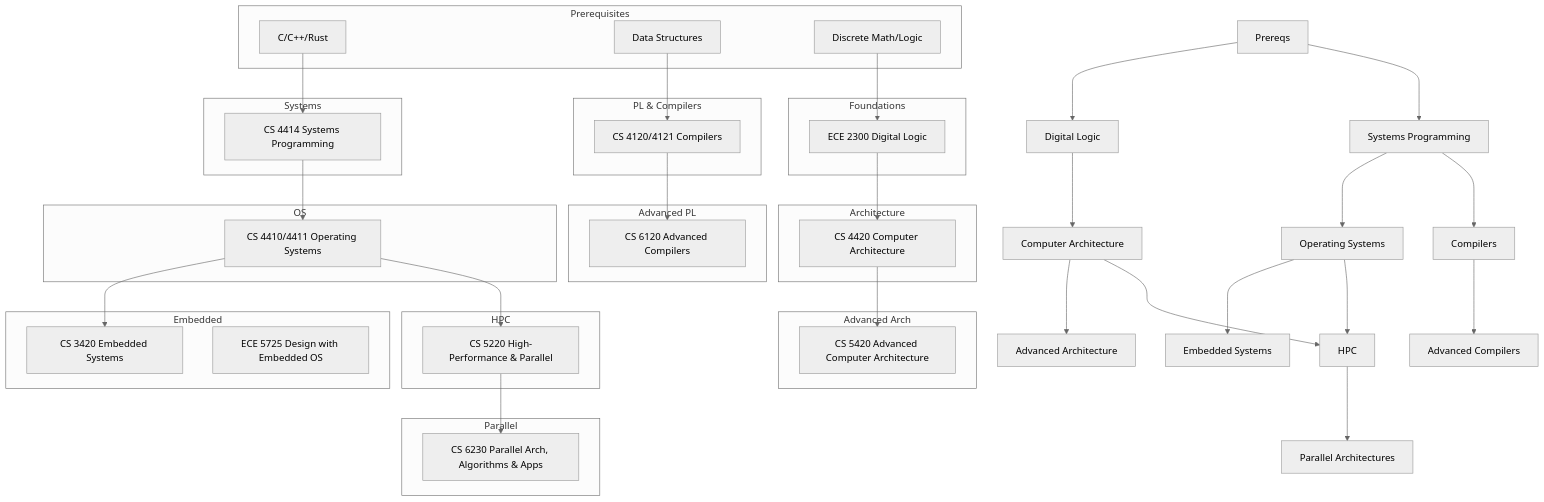
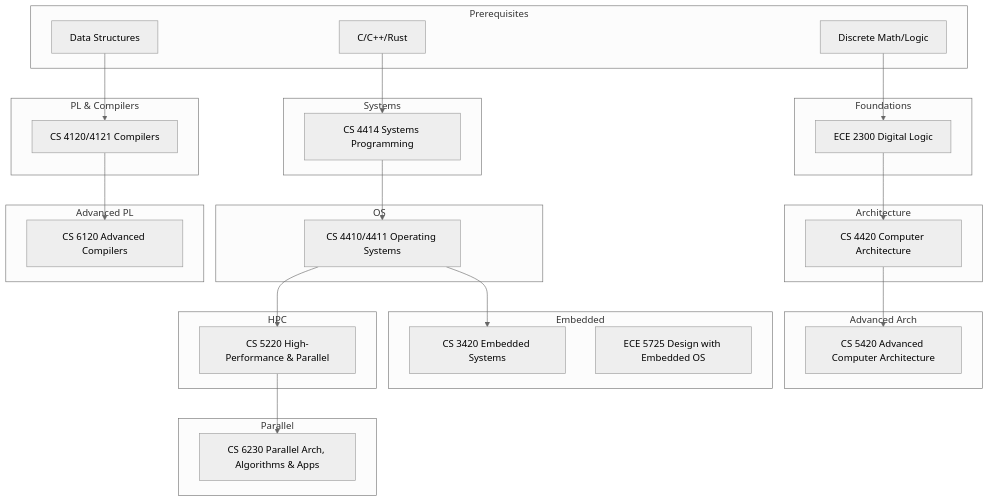
Before and after one commit to jmyphn/engineering-wiki: the diagram in cscomparch.md, drawn with Mermaid (neutral theme). The commit also changed 8 other files, not shown here.

````diff
--- a/cscomparch.md
+++ b/cscomparch.md
@@ -14,72 +14,60 @@
 ```mermaid
 flowchart TD
-  A[Prereqs] --> B[Digital Logic]
-  B --> C[Computer Architecture]
-  C --> D[Advanced Architecture]
-  A --> E[Systems Programming]
-  E --> F[Operating Systems]
-  F --> G[Embedded Systems]
-  E --> H[Compilers]
-  H --> I[Advanced Compilers]
-  C --> J[HPC]
-  J --> K[Parallel Architectures]
-  F --> J
-
   subgraph A1[Prerequisites]
     A1a[C/C++/Rust]
     A1b[Data Structures]
     A1c[Discrete Math/Logic]
   end
 
   subgraph B1[Foundations]
     B1a[ECE 2300 Digital Logic]
   end
 
   subgraph C1[Architecture]
     C1a[CS 4420 Computer Architecture]
   end
 
   subgraph D1[Advanced Arch]
     D1a[CS 5420 Advanced Computer Architecture]
   end
 
   subgraph E1[Systems]
     E1a[CS 4414 Systems Programming]
   end
 
   subgraph F1[OS]
     F1a[CS 4410/4411 Operating Systems]
   end
 
   subgraph G1[Embedded]
     G1a[CS 3420 Embedded Systems]
     G1b[ECE 5725 Design with Embedded OS]
   end
 
   subgraph H1[PL & Compilers]
     H1a[CS 4120/4121 Compilers]
   end
 
   subgraph I1[Advanced PL]
     I1a[CS 6120 Advanced Compilers]
   end
 
   subgraph J1[HPC]
     J1a[CS 5220 High-Performance & Parallel]
   end
 
   subgraph K1[Parallel]
     K1a[CS 6230 Parallel Arch, Algorithms & Apps]
   end
 
   A1a --> E1a
   A1b --> H1a
   A1c --> B1a
   B1a --> C1a
   C1a --> D1a
   E1a --> F1a
   F1a --> G1a
   F1a --> J1a
   H1a --> I1a
   J1a --> K1a
 ```
````
